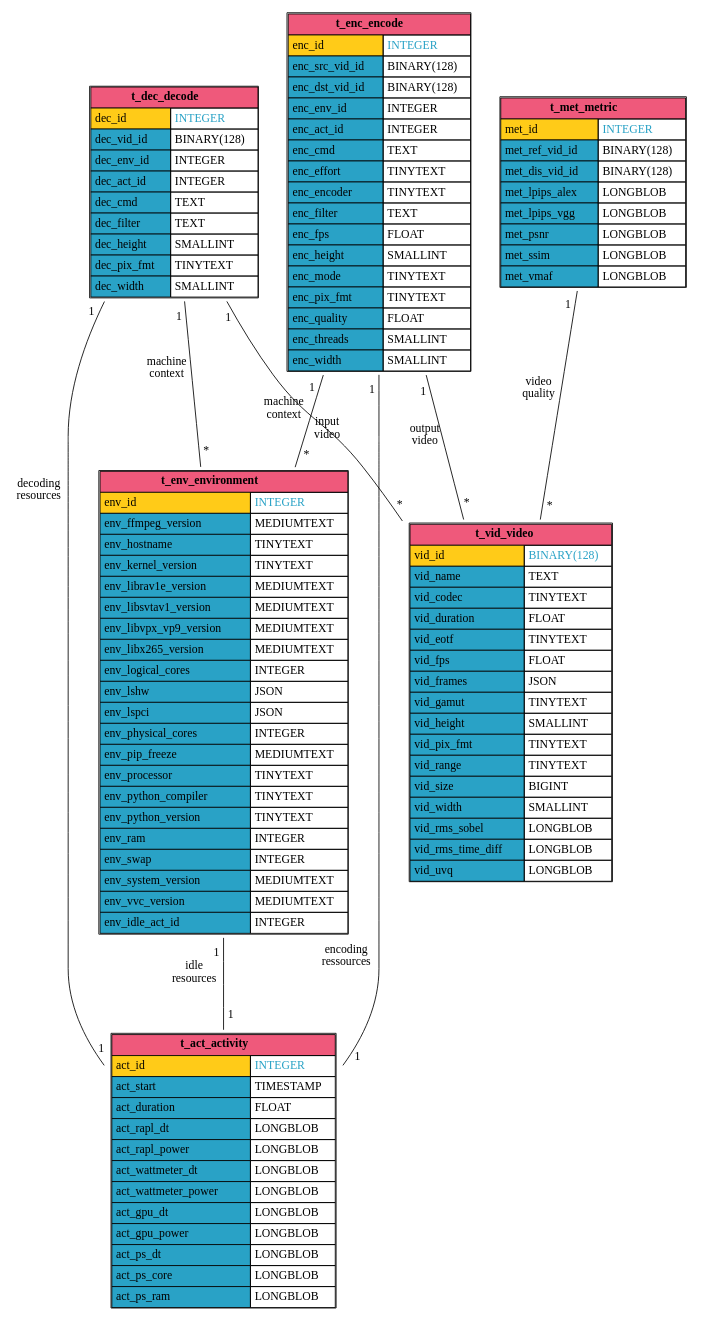
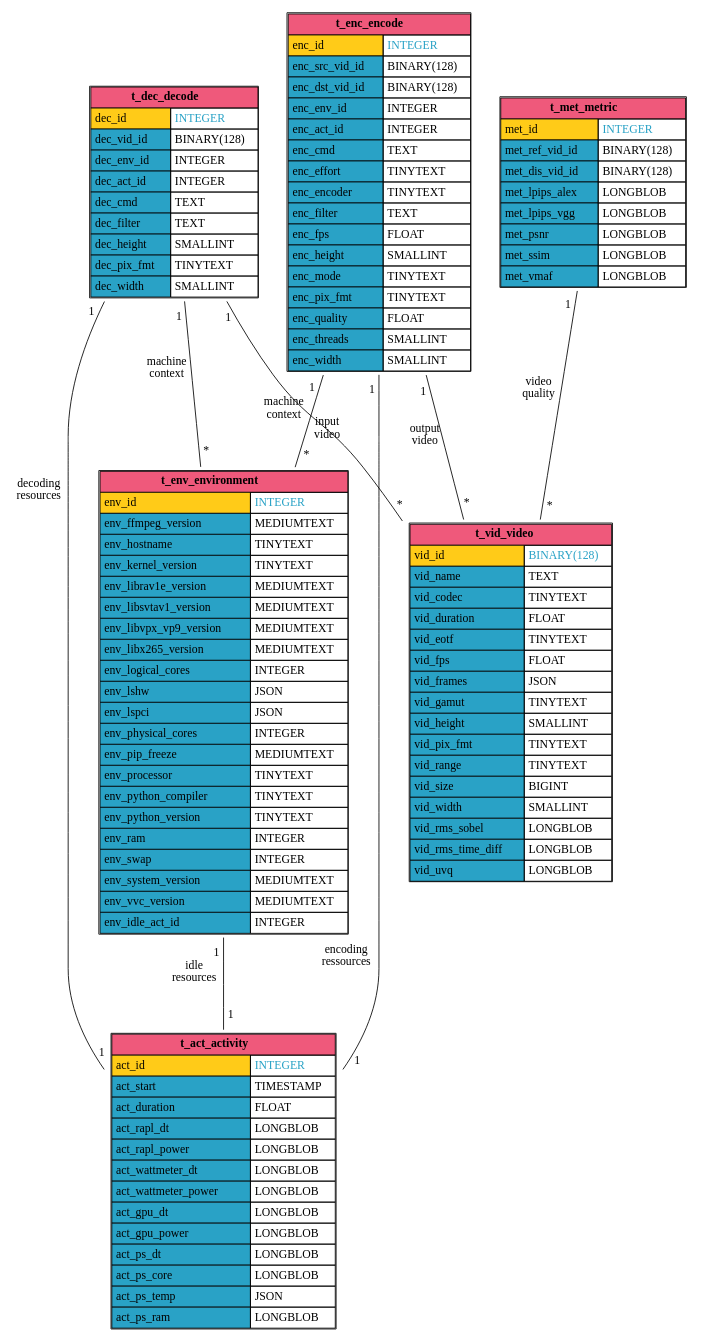
Before and after one commit to robinechuca/mendevi: the diagram in docs/media/sql_database.dot, drawn with Graphviz. The commit also changed 14 other files, not shown here.

```diff
--- a/docs/media/sql_database.dot
+++ b/docs/media/sql_database.dot
@@ -1,136 +1,137 @@
 # dot -Tsvg sql_database.dot > sql_database.svg
 graph database {
   node [shape=plaintext]
   t_act_activity [
     label=<
       <TABLE BORDER="1" CELLBORDER="1" CELLSPACING="0" CELLPADDING="4">
         <TR><TD COLSPAN="2" BGCOLOR="#ef597b"><B>t_act_activity</B></TD></TR>
         <TR><TD ALIGN="LEFT" BGCOLOR="#ffcb18">act_id</TD><TD ALIGN="LEFT"><FONT COLOR="#29a2c6">INTEGER</FONT></TD></TR>
         <TR><TD ALIGN="LEFT" BGCOLOR="#29a2c6">act_start</TD><TD ALIGN="LEFT">TIMESTAMP</TD></TR>
         <TR><TD ALIGN="LEFT" BGCOLOR="#29a2c6">act_duration</TD><TD ALIGN="LEFT">FLOAT</TD></TR>
         <TR><TD ALIGN="LEFT" BGCOLOR="#29a2c6">act_rapl_dt</TD><TD ALIGN="LEFT">LONGBLOB</TD></TR>
         <TR><TD ALIGN="LEFT" BGCOLOR="#29a2c6">act_rapl_power</TD><TD ALIGN="LEFT">LONGBLOB</TD></TR>
         <TR><TD ALIGN="LEFT" BGCOLOR="#29a2c6">act_wattmeter_dt</TD><TD ALIGN="LEFT">LONGBLOB</TD></TR>
         <TR><TD ALIGN="LEFT" BGCOLOR="#29a2c6">act_wattmeter_power</TD><TD ALIGN="LEFT">LONGBLOB</TD></TR>
         <TR><TD ALIGN="LEFT" BGCOLOR="#29a2c6">act_gpu_dt</TD><TD ALIGN="LEFT">LONGBLOB</TD></TR>
         <TR><TD ALIGN="LEFT" BGCOLOR="#29a2c6">act_gpu_power</TD><TD ALIGN="LEFT">LONGBLOB</TD></TR>
         <TR><TD ALIGN="LEFT" BGCOLOR="#29a2c6">act_ps_dt</TD><TD ALIGN="LEFT">LONGBLOB</TD></TR>
         <TR><TD ALIGN="LEFT" BGCOLOR="#29a2c6">act_ps_core</TD><TD ALIGN="LEFT">LONGBLOB</TD></TR>
+        <TR><TD ALIGN="LEFT" BGCOLOR="#29a2c6">act_ps_temp</TD><TD ALIGN="LEFT">JSON</TD></TR>
         <TR><TD ALIGN="LEFT" BGCOLOR="#29a2c6">act_ps_ram</TD><TD ALIGN="LEFT">LONGBLOB</TD></TR>
       </TABLE>
     >
   ];
   t_vid_video [
     label=<
       <TABLE BORDER="1" CELLBORDER="1" CELLSPACING="0" CELLPADDING="4">
         <TR><TD COLSPAN="2" BGCOLOR="#ef597b"><B>t_vid_video</B></TD></TR>
         <TR><TD ALIGN="LEFT" BGCOLOR="#ffcb18">vid_id</TD><TD ALIGN="LEFT"><FONT COLOR="#29a2c6">BINARY(128)</FONT></TD></TR>
         <TR><TD ALIGN="LEFT" BGCOLOR="#29a2c6">vid_name</TD><TD ALIGN="LEFT">TEXT</TD></TR>
         <TR><TD ALIGN="LEFT" BGCOLOR="#29a2c6">vid_codec</TD><TD ALIGN="LEFT">TINYTEXT</TD></TR>
         <TR><TD ALIGN="LEFT" BGCOLOR="#29a2c6">vid_duration</TD><TD ALIGN="LEFT">FLOAT</TD></TR>
         <TR><TD ALIGN="LEFT" BGCOLOR="#29a2c6">vid_eotf</TD><TD ALIGN="LEFT">TINYTEXT</TD></TR>
         <TR><TD ALIGN="LEFT" BGCOLOR="#29a2c6">vid_fps</TD><TD ALIGN="LEFT">FLOAT</TD></TR>
         <TR><TD ALIGN="LEFT" BGCOLOR="#29a2c6">vid_frames</TD><TD ALIGN="LEFT">JSON</TD></TR>
         <TR><TD ALIGN="LEFT" BGCOLOR="#29a2c6">vid_gamut</TD><TD ALIGN="LEFT">TINYTEXT</TD></TR>
         <TR><TD ALIGN="LEFT" BGCOLOR="#29a2c6">vid_height</TD><TD ALIGN="LEFT">SMALLINT</TD></TR>
         <TR><TD ALIGN="LEFT" BGCOLOR="#29a2c6">vid_pix_fmt</TD><TD ALIGN="LEFT">TINYTEXT</TD></TR>
         <TR><TD ALIGN="LEFT" BGCOLOR="#29a2c6">vid_range</TD><TD ALIGN="LEFT">TINYTEXT</TD></TR>
         <TR><TD ALIGN="LEFT" BGCOLOR="#29a2c6">vid_size</TD><TD ALIGN="LEFT">BIGINT</TD></TR>
         <TR><TD ALIGN="LEFT" BGCOLOR="#29a2c6">vid_width</TD><TD ALIGN="LEFT">SMALLINT</TD></TR>
         <TR><TD ALIGN="LEFT" BGCOLOR="#29a2c6">vid_rms_sobel</TD><TD ALIGN="LEFT">LONGBLOB</TD></TR>
         <TR><TD ALIGN="LEFT" BGCOLOR="#29a2c6">vid_rms_time_diff</TD><TD ALIGN="LEFT">LONGBLOB</TD></TR>
         <TR><TD ALIGN="LEFT" BGCOLOR="#29a2c6">vid_uvq</TD><TD ALIGN="LEFT">LONGBLOB</TD></TR>
       </TABLE>
     >
   ];
   t_met_metric [
     label=<
       <TABLE BORDER="1" CELLBORDER="1" CELLSPACING="0" CELLPADDING="4">
         <TR><TD COLSPAN="2" BGCOLOR="#ef597b"><B>t_met_metric</B></TD></TR>
         <TR><TD ALIGN="LEFT" BGCOLOR="#ffcb18">met_id</TD><TD ALIGN="LEFT"><FONT COLOR="#29a2c6">INTEGER</FONT></TD></TR>
         <TR><TD ALIGN="LEFT" BGCOLOR="#29a2c6">met_ref_vid_id</TD><TD ALIGN="LEFT">BINARY(128)</TD></TR>
         <TR><TD ALIGN="LEFT" BGCOLOR="#29a2c6">met_dis_vid_id</TD><TD ALIGN="LEFT">BINARY(128)</TD></TR>
         <TR><TD ALIGN="LEFT" BGCOLOR="#29a2c6">met_lpips_alex</TD><TD ALIGN="LEFT">LONGBLOB</TD></TR>
         <TR><TD ALIGN="LEFT" BGCOLOR="#29a2c6">met_lpips_vgg</TD><TD ALIGN="LEFT">LONGBLOB</TD></TR>
         <TR><TD ALIGN="LEFT" BGCOLOR="#29a2c6">met_psnr</TD><TD ALIGN="LEFT">LONGBLOB</TD></TR>
         <TR><TD ALIGN="LEFT" BGCOLOR="#29a2c6">met_ssim</TD><TD ALIGN="LEFT">LONGBLOB</TD></TR>
         <TR><TD ALIGN="LEFT" BGCOLOR="#29a2c6">met_vmaf</TD><TD ALIGN="LEFT">LONGBLOB</TD></TR>
       </TABLE>
     >
   ];
   t_env_environment [
     label=<
       <TABLE BORDER="1" CELLBORDER="1" CELLSPACING="0" CELLPADDING="4">
         <TR><TD COLSPAN="2" BGCOLOR="#ef597b"><B>t_env_environment</B></TD></TR>
         <TR><TD ALIGN="LEFT" BGCOLOR="#ffcb18">env_id</TD><TD ALIGN="LEFT"><FONT COLOR="#29a2c6">INTEGER</FONT></TD></TR>
         <TR><TD ALIGN="LEFT" BGCOLOR="#29a2c6">env_ffmpeg_version</TD><TD ALIGN="LEFT">MEDIUMTEXT</TD></TR>
         <TR><TD ALIGN="LEFT" BGCOLOR="#29a2c6">env_hostname</TD><TD ALIGN="LEFT">TINYTEXT</TD></TR>
         <TR><TD ALIGN="LEFT" BGCOLOR="#29a2c6">env_kernel_version</TD><TD ALIGN="LEFT">TINYTEXT</TD></TR>
         <TR><TD ALIGN="LEFT" BGCOLOR="#29a2c6">env_librav1e_version</TD><TD ALIGN="LEFT">MEDIUMTEXT</TD></TR>
         <TR><TD ALIGN="LEFT" BGCOLOR="#29a2c6">env_libsvtav1_version</TD><TD ALIGN="LEFT">MEDIUMTEXT</TD></TR>
         <TR><TD ALIGN="LEFT" BGCOLOR="#29a2c6">env_libvpx_vp9_version</TD><TD ALIGN="LEFT">MEDIUMTEXT</TD></TR>
         <TR><TD ALIGN="LEFT" BGCOLOR="#29a2c6">env_libx265_version</TD><TD ALIGN="LEFT">MEDIUMTEXT</TD></TR>
         <TR><TD ALIGN="LEFT" BGCOLOR="#29a2c6">env_logical_cores</TD><TD ALIGN="LEFT">INTEGER</TD></TR>
         <TR><TD ALIGN="LEFT" BGCOLOR="#29a2c6">env_lshw</TD><TD ALIGN="LEFT">JSON</TD></TR>
         <TR><TD ALIGN="LEFT" BGCOLOR="#29a2c6">env_lspci</TD><TD ALIGN="LEFT">JSON</TD></TR>
         <TR><TD ALIGN="LEFT" BGCOLOR="#29a2c6">env_physical_cores</TD><TD ALIGN="LEFT">INTEGER</TD></TR>
         <TR><TD ALIGN="LEFT" BGCOLOR="#29a2c6">env_pip_freeze</TD><TD ALIGN="LEFT">MEDIUMTEXT</TD></TR>
         <TR><TD ALIGN="LEFT" BGCOLOR="#29a2c6">env_processor</TD><TD ALIGN="LEFT">TINYTEXT</TD></TR>
         <TR><TD ALIGN="LEFT" BGCOLOR="#29a2c6">env_python_compiler</TD><TD ALIGN="LEFT">TINYTEXT</TD></TR>
         <TR><TD ALIGN="LEFT" BGCOLOR="#29a2c6">env_python_version</TD><TD ALIGN="LEFT">TINYTEXT</TD></TR>
         <TR><TD ALIGN="LEFT" BGCOLOR="#29a2c6">env_ram</TD><TD ALIGN="LEFT">INTEGER</TD></TR>
         <TR><TD ALIGN="LEFT" BGCOLOR="#29a2c6">env_swap</TD><TD ALIGN="LEFT">INTEGER</TD></TR>
         <TR><TD ALIGN="LEFT" BGCOLOR="#29a2c6">env_system_version</TD><TD ALIGN="LEFT">MEDIUMTEXT</TD></TR>
         <TR><TD ALIGN="LEFT" BGCOLOR="#29a2c6">env_vvc_version</TD><TD ALIGN="LEFT">MEDIUMTEXT</TD></TR>
         <TR><TD ALIGN="LEFT" BGCOLOR="#29a2c6">env_idle_act_id</TD><TD ALIGN="LEFT">INTEGER</TD></TR>
       </TABLE>
     >
   ];
   t_dec_decode [
     label=<
       <TABLE BORDER="1" CELLBORDER="1" CELLSPACING="0" CELLPADDING="4">
         <TR><TD COLSPAN="2" BGCOLOR="#ef597b"><B>t_dec_decode</B></TD></TR>
         <TR><TD ALIGN="LEFT" BGCOLOR="#ffcb18">dec_id</TD><TD ALIGN="LEFT"><FONT COLOR="#29a2c6">INTEGER</FONT></TD></TR>
         <TR><TD ALIGN="LEFT" BGCOLOR="#29a2c6">dec_vid_id</TD><TD ALIGN="LEFT">BINARY(128)</TD></TR>
         <TR><TD ALIGN="LEFT" BGCOLOR="#29a2c6">dec_env_id</TD><TD ALIGN="LEFT">INTEGER</TD></TR>
         <TR><TD ALIGN="LEFT" BGCOLOR="#29a2c6">dec_act_id</TD><TD ALIGN="LEFT">INTEGER</TD></TR>
         <TR><TD ALIGN="LEFT" BGCOLOR="#29a2c6">dec_cmd</TD><TD ALIGN="LEFT">TEXT</TD></TR>
         <TR><TD ALIGN="LEFT" BGCOLOR="#29a2c6">dec_filter</TD><TD ALIGN="LEFT">TEXT</TD></TR>
         <TR><TD ALIGN="LEFT" BGCOLOR="#29a2c6">dec_height</TD><TD ALIGN="LEFT">SMALLINT</TD></TR>
         <TR><TD ALIGN="LEFT" BGCOLOR="#29a2c6">dec_pix_fmt</TD><TD ALIGN="LEFT">TINYTEXT</TD></TR>
         <TR><TD ALIGN="LEFT" BGCOLOR="#29a2c6">dec_width</TD><TD ALIGN="LEFT">SMALLINT</TD></TR>
       </TABLE>
     >
   ];
   t_enc_encode [
     label=<
       <TABLE BORDER="1" CELLBORDER="1" CELLSPACING="0" CELLPADDING="4">
         <TR><TD COLSPAN="2" BGCOLOR="#ef597b"><B>t_enc_encode</B></TD></TR>
         <TR><TD ALIGN="LEFT" BGCOLOR="#ffcb18">enc_id</TD><TD ALIGN="LEFT"><FONT COLOR="#29a2c6">INTEGER</FONT></TD></TR>
         <TR><TD ALIGN="LEFT" BGCOLOR="#29a2c6">enc_src_vid_id</TD><TD ALIGN="LEFT">BINARY(128)</TD></TR>
         <TR><TD ALIGN="LEFT" BGCOLOR="#29a2c6">enc_dst_vid_id</TD><TD ALIGN="LEFT">BINARY(128)</TD></TR>
         <TR><TD ALIGN="LEFT" BGCOLOR="#29a2c6">enc_env_id</TD><TD ALIGN="LEFT">INTEGER</TD></TR>
         <TR><TD ALIGN="LEFT" BGCOLOR="#29a2c6">enc_act_id</TD><TD ALIGN="LEFT">INTEGER</TD></TR>
         <TR><TD ALIGN="LEFT" BGCOLOR="#29a2c6">enc_cmd</TD><TD ALIGN="LEFT">TEXT</TD></TR>
         <TR><TD ALIGN="LEFT" BGCOLOR="#29a2c6">enc_effort</TD><TD ALIGN="LEFT">TINYTEXT</TD></TR>
         <TR><TD ALIGN="LEFT" BGCOLOR="#29a2c6">enc_encoder</TD><TD ALIGN="LEFT">TINYTEXT</TD></TR>
         <TR><TD ALIGN="LEFT" BGCOLOR="#29a2c6">enc_filter</TD><TD ALIGN="LEFT">TEXT</TD></TR>
         <TR><TD ALIGN="LEFT" BGCOLOR="#29a2c6">enc_fps</TD><TD ALIGN="LEFT">FLOAT</TD></TR>
         <TR><TD ALIGN="LEFT" BGCOLOR="#29a2c6">enc_height</TD><TD ALIGN="LEFT">SMALLINT</TD></TR>
         <TR><TD ALIGN="LEFT" BGCOLOR="#29a2c6">enc_mode</TD><TD ALIGN="LEFT">TINYTEXT</TD></TR>
         <TR><TD ALIGN="LEFT" BGCOLOR="#29a2c6">enc_pix_fmt</TD><TD ALIGN="LEFT">TINYTEXT</TD></TR>
         <TR><TD ALIGN="LEFT" BGCOLOR="#29a2c6">enc_quality</TD><TD ALIGN="LEFT">FLOAT</TD></TR>
         <TR><TD ALIGN="LEFT" BGCOLOR="#29a2c6">enc_threads</TD><TD ALIGN="LEFT">SMALLINT</TD></TR>
         <TR><TD ALIGN="LEFT" BGCOLOR="#29a2c6">enc_width</TD><TD ALIGN="LEFT">SMALLINT</TD></TR>
       </TABLE>
     >
   ];
   t_enc_encode -- t_act_activity [minlen=3, taillabel="1", headlabel="1", xlabel="encoding\nressources", labeldistance=2.0]
   t_enc_encode -- t_env_environment [minlen=3, taillabel="1", headlabel="*", xlabel="machine\ncontext", labeldistance=2.0]
   t_enc_encode -- t_vid_video [minlen=3, taillabel="1", headlabel="*", xlabel="output\nvideo", labeldistance=2.0]
   t_met_metric -- t_vid_video [minlen=3, taillabel="1", headlabel="*", xlabel="video\nquality", labeldistance=2.0]
   t_dec_decode -- t_act_activity [minlen=3, taillabel="1", headlabel="1", xlabel="decoding\nresources", labeldistance=2.0]
   t_dec_decode -- t_env_environment [minlen=3, taillabel="1", headlabel="*", xlabel="machine\ncontext", labeldistance=2.0]
   t_dec_decode -- t_vid_video [minlen=3, taillabel="1", headlabel="*", xlabel="input\nvideo", labeldistance=2.0]
   t_env_environment -- t_act_activity [minlen=3, taillabel="1", headlabel="1", xlabel="idle\nresources", labeldistance=2.0]
 }
```
